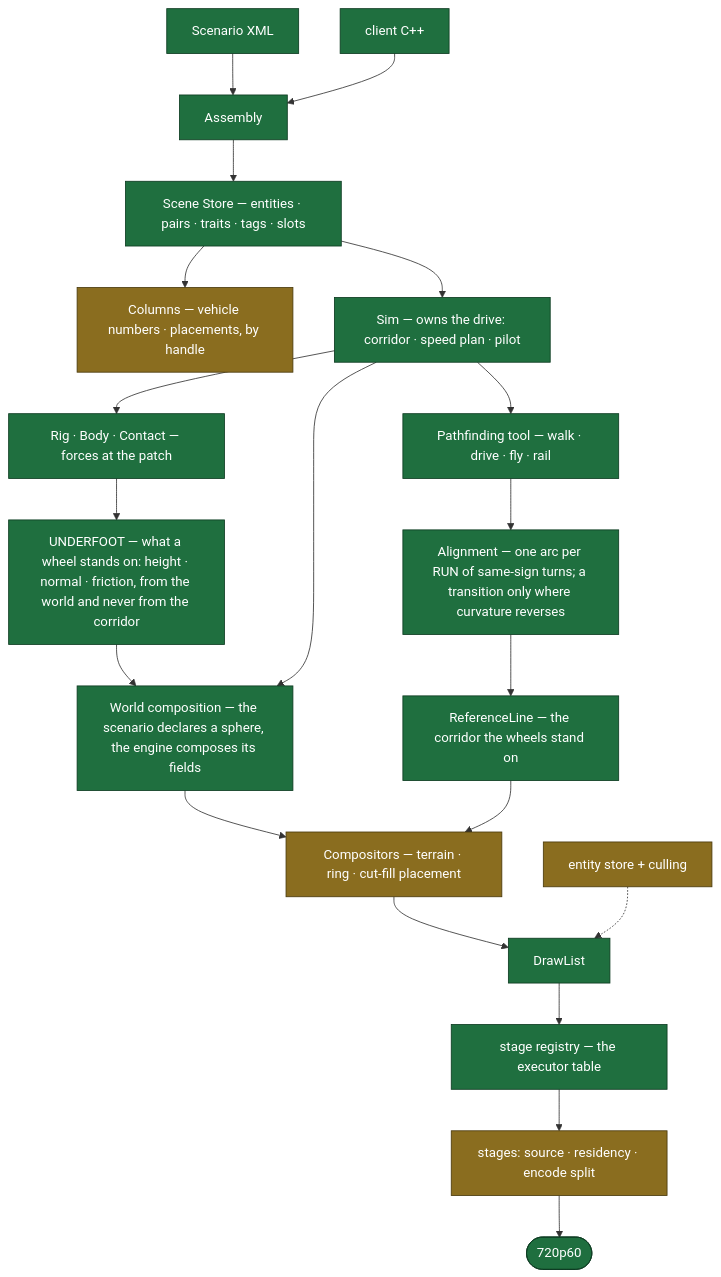
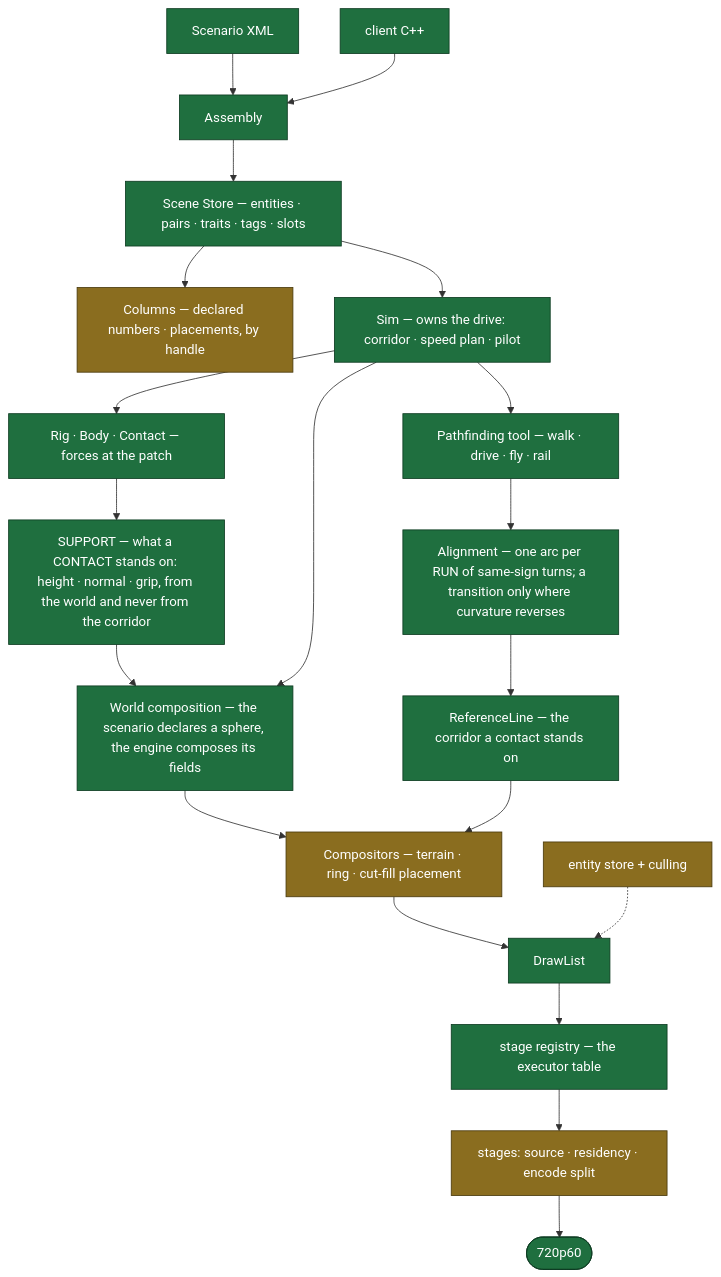
One commit to Weichwolf/outshine changed the ninth of 10 diagrams in CLAUDE.md. Above: the diagram before and after it, drawn with Mermaid. The commit also changed 9 other files, not shown here.

````diff
--- a/CLAUDE.md
+++ b/CLAUDE.md
@@ -481,27 +481,27 @@
 ```mermaid
 flowchart TD
   Scenario["Scenario XML"] --> Assembly
   ClientCode["client C++"] --> Assembly
   Assembly --> SceneStore["Scene Store — entities · pairs · traits · tags · slots"]
-  SceneStore --> Columns["Columns — vehicle numbers · placements, by handle"]
+  SceneStore --> Columns["Columns — declared numbers · placements, by handle"]
   SceneStore --> SimD["Sim — owns the drive: corridor · speed plan · pilot"]
   SimD --> Pathfinding["Pathfinding tool — walk · drive · fly · rail"]
   Pathfinding --> Alignment["Alignment — one arc per RUN of same-sign turns; a transition only where curvature reverses"]
-  Alignment --> Line["ReferenceLine — the corridor the wheels stand on"]
+  Alignment --> Line["ReferenceLine — the corridor a contact stands on"]
   SimD --> Physics["Rig · Body · Contact — forces at the patch"]
-  Physics --> Underfoot["UNDERFOOT — what a wheel stands on: height · normal · friction, from the world and never from the corridor"]
-  Underfoot --> WorldC
+  Physics --> Support["SUPPORT — what a CONTACT stands on: height · normal · grip, from the world and never from the corridor"]
+  Support --> WorldC
   SimD --> WorldC["World composition — the scenario declares a sphere, the engine composes its fields"]
   WorldC --> Compositors["Compositors — terrain · ring · cut-fill placement"]
   Line --> Compositors
   Compositors --> DrawList --> Registry["stage registry — the executor table"]
   Registry --> Stages["stages: source · residency · encode split"]
   Stages --> Frame(["720p60"])
   Entities["entity store + culling"] -.-> DrawList
 
   classDef sure fill:#1f6f3f,stroke:#0d3b21,color:#fff
   classDef likely fill:#8a6d1f,stroke:#4a3a0d,color:#fff
   class Scenario,ClientCode,Assembly,SceneStore,SimD,Pathfinding,Physics,Registry,DrawList,Frame,WorldC,Line,Alignment sure
   class Columns,Compositors,Stages,Entities likely
-  class Underfoot sure
+  class Support sure
 ```
````
